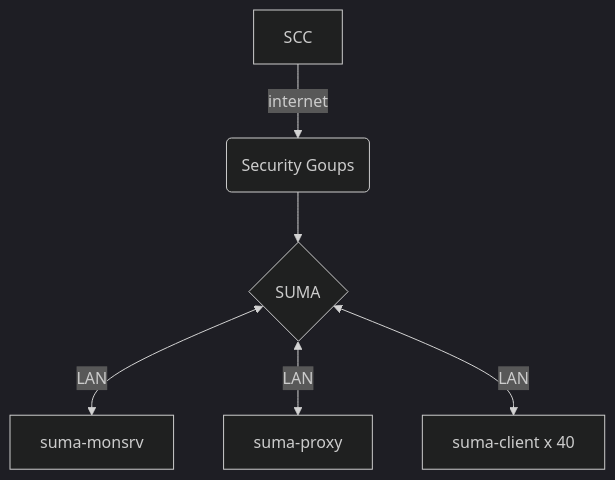
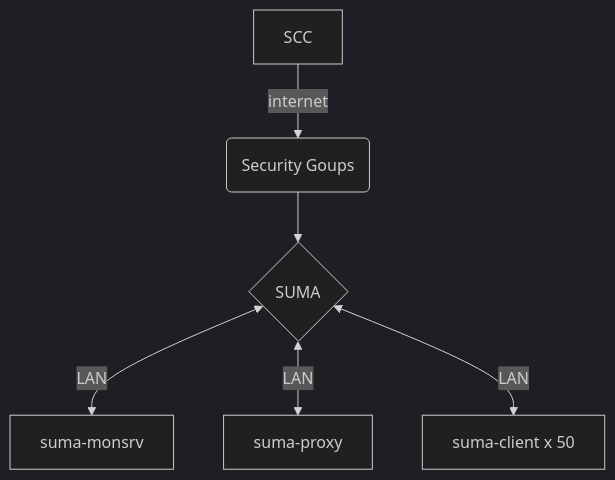
One commit to stevemc-suse/suma-interactive-demo-environment changed the diagram in README.md. Above: the diagram before and after it, drawn with Mermaid (dark theme). The commit also changed other lines of this file, not shown here.

````diff
--- a/README.md
+++ b/README.md
@@ -36,10 +70,10 @@
 ```mermaid 
 flowchart 
 
 A[SCC] -->|internet| B(Security Goups)
 B --> C{SUMA}
 C <-->|LAN| D[suma-monsrv]
 C <-->|LAN| E[suma-proxy]
-C <-->|LAN| G[suma-client x 40]
+C <-->|LAN| G[suma-client x 50]
 
 ```
````
